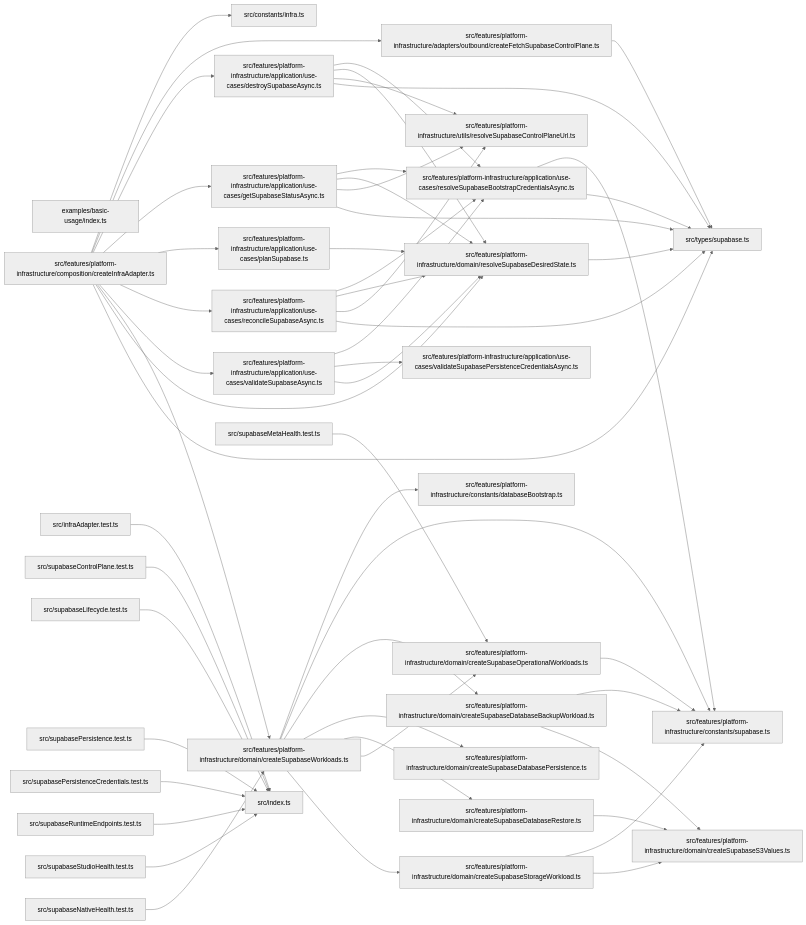
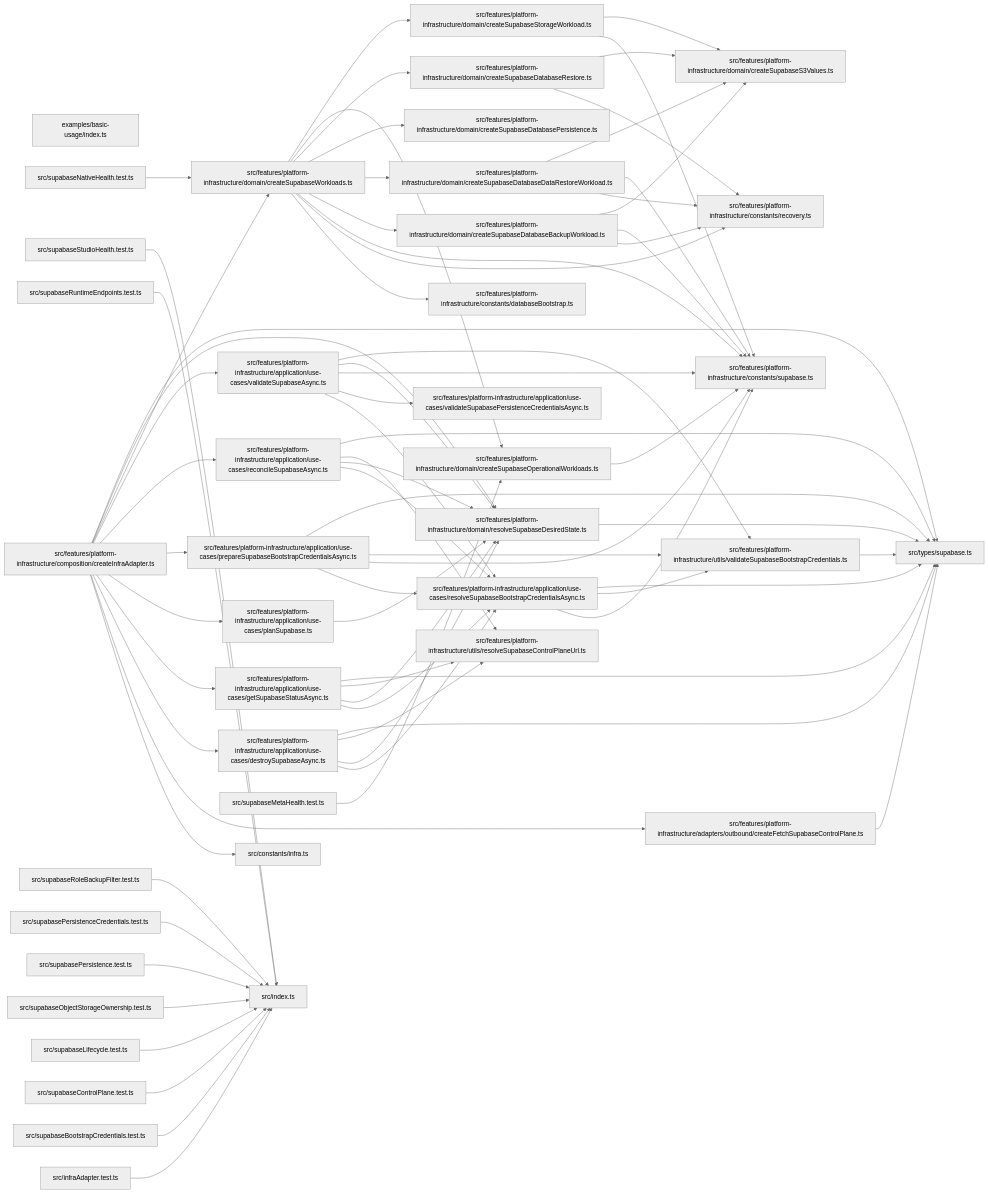
Before and after one commit to ankhorage/supabase: the diagram in paradox/diagrams/module-relationships.mmd, drawn with Mermaid (neutral theme). The commit also changed 26 other files, not shown here.

First line of the commit message:
fix(supabase): restore standalone local bootstrap credential provisioning

```diff
--- a/paradox/diagrams/module-relationships.mmd
+++ b/paradox/diagrams/module-relationships.mmd
@@ -5,14 +5,17 @@
   module_src_features_platform_infrastructure_application_use_cases_destroySupabaseAsync_ts["src/features/platform-infrastructure/application/use-cases/destroySupabaseAsync.ts"]
   module_src_features_platform_infrastructure_application_use_cases_getSupabaseStatusAsync_ts["src/features/platform-infrastructure/application/use-cases/getSupabaseStatusAsync.ts"]
   module_src_features_platform_infrastructure_application_use_cases_planSupabase_ts["src/features/platform-infrastructure/application/use-cases/planSupabase.ts"]
+  module_src_features_platform_infrastructure_application_use_cases_prepareSupabaseBootstrapCredentialsAsync_ts["src/features/platform-infrastructure/application/use-cases/prepareSupabaseBootstrapCredentialsAsync.ts"]
   module_src_features_platform_infrastructure_application_use_cases_reconcileSupabaseAsync_ts["src/features/platform-infrastructure/application/use-cases/reconcileSupabaseAsync.ts"]
   module_src_features_platform_infrastructure_application_use_cases_resolveSupabaseBootstrapCredentialsAsync_ts["src/features/platform-infrastructure/application/use-cases/resolveSupabaseBootstrapCredentialsAsync.ts"]
   module_src_features_platform_infrastructure_application_use_cases_validateSupabaseAsync_ts["src/features/platform-infrastructure/application/use-cases/validateSupabaseAsync.ts"]
   module_src_features_platform_infrastructure_application_use_cases_validateSupabasePersistenceCredentialsAsync_ts["src/features/platform-infrastructure/application/use-cases/validateSupabasePersistenceCredentialsAsync.ts"]
   module_src_features_platform_infrastructure_composition_createInfraAdapter_ts["src/features/platform-infrastructure/composition/createInfraAdapter.ts"]
   module_src_features_platform_infrastructure_constants_databaseBootstrap_ts["src/features/platform-infrastructure/constants/databaseBootstrap.ts"]
+  module_src_features_platform_infrastructure_constants_recovery_ts["src/features/platform-infrastructure/constants/recovery.ts"]
   module_src_features_platform_infrastructure_constants_supabase_ts["src/features/platform-infrastructure/constants/supabase.ts"]
   module_src_features_platform_infrastructure_domain_createSupabaseDatabaseBackupWorkload_ts["src/features/platform-infrastructure/domain/createSupabaseDatabaseBackupWorkload.ts"]
+  module_src_features_platform_infrastructure_domain_createSupabaseDatabaseDataRestoreWorkload_ts["src/features/platform-infrastructure/domain/createSupabaseDatabaseDataRestoreWorkload.ts"]
   module_src_features_platform_infrastructure_domain_createSupabaseDatabasePersistence_ts["src/features/platform-infrastructure/domain/createSupabaseDatabasePersistence.ts"]
   module_src_features_platform_infrastructure_domain_createSupabaseDatabaseRestore_ts["src/features/platform-infrastructure/domain/createSupabaseDatabaseRestore.ts"]
   module_src_features_platform_infrastructure_domain_createSupabaseOperationalWorkloads_ts["src/features/platform-infrastructure/domain/createSupabaseOperationalWorkloads.ts"]
@@ -21,14 +24,18 @@
   module_src_features_platform_infrastructure_domain_createSupabaseWorkloads_ts["src/features/platform-infrastructure/domain/createSupabaseWorkloads.ts"]
   module_src_features_platform_infrastructure_domain_resolveSupabaseDesiredState_ts["src/features/platform-infrastructure/domain/resolveSupabaseDesiredState.ts"]
   module_src_features_platform_infrastructure_utils_resolveSupabaseControlPlaneUrl_ts["src/features/platform-infrastructure/utils/resolveSupabaseControlPlaneUrl.ts"]
+  module_src_features_platform_infrastructure_utils_validateSupabaseBootstrapCredentials_ts["src/features/platform-infrastructure/utils/validateSupabaseBootstrapCredentials.ts"]
   module_src_index_ts["src/index.ts"]
   module_src_infraAdapter_test_ts["src/infraAdapter.test.ts"]
+  module_src_supabaseBootstrapCredentials_test_ts["src/supabaseBootstrapCredentials.test.ts"]
   module_src_supabaseControlPlane_test_ts["src/supabaseControlPlane.test.ts"]
   module_src_supabaseLifecycle_test_ts["src/supabaseLifecycle.test.ts"]
   module_src_supabaseMetaHealth_test_ts["src/supabaseMetaHealth.test.ts"]
   module_src_supabaseNativeHealth_test_ts["src/supabaseNativeHealth.test.ts"]
+  module_src_supabaseObjectStorageOwnership_test_ts["src/supabaseObjectStorageOwnership.test.ts"]
   module_src_supabasePersistence_test_ts["src/supabasePersistence.test.ts"]
   module_src_supabasePersistenceCredentials_test_ts["src/supabasePersistenceCredentials.test.ts"]
+  module_src_supabaseRoleBackupFilter_test_ts["src/supabaseRoleBackupFilter.test.ts"]
   module_src_supabaseRuntimeEndpoints_test_ts["src/supabaseRuntimeEndpoints.test.ts"]
   module_src_supabaseStudioHealth_test_ts["src/supabaseStudioHealth.test.ts"]
   module_src_types_supabase_ts["src/types/supabase.ts"]
@@ -42,45 +49,64 @@
   module_src_features_platform_infrastructure_application_use_cases_getSupabaseStatusAsync_ts --> module_src_features_platform_infrastructure_utils_resolveSupabaseControlPlaneUrl_ts
   module_src_features_platform_infrastructure_application_use_cases_getSupabaseStatusAsync_ts --> module_src_types_supabase_ts
   module_src_features_platform_infrastructure_application_use_cases_planSupabase_ts --> module_src_features_platform_infrastructure_domain_resolveSupabaseDesiredState_ts
+  module_src_features_platform_infrastructure_application_use_cases_prepareSupabaseBootstrapCredentialsAsync_ts --> module_src_features_platform_infrastructure_application_use_cases_resolveSupabaseBootstrapCredentialsAsync_ts
+  module_src_features_platform_infrastructure_application_use_cases_prepareSupabaseBootstrapCredentialsAsync_ts --> module_src_features_platform_infrastructure_constants_supabase_ts
+  module_src_features_platform_infrastructure_application_use_cases_prepareSupabaseBootstrapCredentialsAsync_ts --> module_src_features_platform_infrastructure_utils_validateSupabaseBootstrapCredentials_ts
+  module_src_features_platform_infrastructure_application_use_cases_prepareSupabaseBootstrapCredentialsAsync_ts --> module_src_types_supabase_ts
   module_src_features_platform_infrastructure_application_use_cases_reconcileSupabaseAsync_ts --> module_src_features_platform_infrastructure_application_use_cases_resolveSupabaseBootstrapCredentialsAsync_ts
   module_src_features_platform_infrastructure_application_use_cases_reconcileSupabaseAsync_ts --> module_src_features_platform_infrastructure_domain_resolveSupabaseDesiredState_ts
   module_src_features_platform_infrastructure_application_use_cases_reconcileSupabaseAsync_ts --> module_src_features_platform_infrastructure_utils_resolveSupabaseControlPlaneUrl_ts
   module_src_features_platform_infrastructure_application_use_cases_reconcileSupabaseAsync_ts --> module_src_types_supabase_ts
   module_src_features_platform_infrastructure_application_use_cases_resolveSupabaseBootstrapCredentialsAsync_ts --> module_src_features_platform_infrastructure_constants_supabase_ts
+  module_src_features_platform_infrastructure_application_use_cases_resolveSupabaseBootstrapCredentialsAsync_ts --> module_src_features_platform_infrastructure_utils_validateSupabaseBootstrapCredentials_ts
   module_src_features_platform_infrastructure_application_use_cases_resolveSupabaseBootstrapCredentialsAsync_ts --> module_src_types_supabase_ts
   module_src_features_platform_infrastructure_application_use_cases_validateSupabaseAsync_ts --> module_src_features_platform_infrastructure_application_use_cases_resolveSupabaseBootstrapCredentialsAsync_ts
   module_src_features_platform_infrastructure_application_use_cases_validateSupabaseAsync_ts --> module_src_features_platform_infrastructure_application_use_cases_validateSupabasePersistenceCredentialsAsync_ts
+  module_src_features_platform_infrastructure_application_use_cases_validateSupabaseAsync_ts --> module_src_features_platform_infrastructure_constants_supabase_ts
   module_src_features_platform_infrastructure_application_use_cases_validateSupabaseAsync_ts --> module_src_features_platform_infrastructure_domain_resolveSupabaseDesiredState_ts
+  module_src_features_platform_infrastructure_application_use_cases_validateSupabaseAsync_ts --> module_src_features_platform_infrastructure_utils_validateSupabaseBootstrapCredentials_ts
   module_src_features_platform_infrastructure_composition_createInfraAdapter_ts --> module_src_constants_infra_ts
   module_src_features_platform_infrastructure_composition_createInfraAdapter_ts --> module_src_features_platform_infrastructure_adapters_outbound_createFetchSupabaseControlPlane_ts
   module_src_features_platform_infrastructure_composition_createInfraAdapter_ts --> module_src_features_platform_infrastructure_application_use_cases_destroySupabaseAsync_ts
   module_src_features_platform_infrastructure_composition_createInfraAdapter_ts --> module_src_features_platform_infrastructure_application_use_cases_getSupabaseStatusAsync_ts
   module_src_features_platform_infrastructure_composition_createInfraAdapter_ts --> module_src_features_platform_infrastructure_application_use_cases_planSupabase_ts
+  module_src_features_platform_infrastructure_composition_createInfraAdapter_ts --> module_src_features_platform_infrastructure_application_use_cases_prepareSupabaseBootstrapCredentialsAsync_ts
   module_src_features_platform_infrastructure_composition_createInfraAdapter_ts --> module_src_features_platform_infrastructure_application_use_cases_reconcileSupabaseAsync_ts
   module_src_features_platform_infrastructure_composition_createInfraAdapter_ts --> module_src_features_platform_infrastructure_application_use_cases_validateSupabaseAsync_ts
   module_src_features_platform_infrastructure_composition_createInfraAdapter_ts --> module_src_features_platform_infrastructure_domain_createSupabaseWorkloads_ts
   module_src_features_platform_infrastructure_composition_createInfraAdapter_ts --> module_src_features_platform_infrastructure_domain_resolveSupabaseDesiredState_ts
   module_src_features_platform_infrastructure_composition_createInfraAdapter_ts --> module_src_types_supabase_ts
+  module_src_features_platform_infrastructure_domain_createSupabaseDatabaseBackupWorkload_ts --> module_src_features_platform_infrastructure_constants_recovery_ts
   module_src_features_platform_infrastructure_domain_createSupabaseDatabaseBackupWorkload_ts --> module_src_features_platform_infrastructure_constants_supabase_ts
   module_src_features_platform_infrastructure_domain_createSupabaseDatabaseBackupWorkload_ts --> module_src_features_platform_infrastructure_domain_createSupabaseS3Values_ts
+  module_src_features_platform_infrastructure_domain_createSupabaseDatabaseDataRestoreWorkload_ts --> module_src_features_platform_infrastructure_constants_recovery_ts
+  module_src_features_platform_infrastructure_domain_createSupabaseDatabaseDataRestoreWorkload_ts --> module_src_features_platform_infrastructure_constants_supabase_ts
+  module_src_features_platform_infrastructure_domain_createSupabaseDatabaseDataRestoreWorkload_ts --> module_src_features_platform_infrastructure_domain_createSupabaseS3Values_ts
+  module_src_features_platform_infrastructure_domain_createSupabaseDatabaseRestore_ts --> module_src_features_platform_infrastructure_constants_recovery_ts
   module_src_features_platform_infrastructure_domain_createSupabaseDatabaseRestore_ts --> module_src_features_platform_infrastructure_domain_createSupabaseS3Values_ts
   module_src_features_platform_infrastructure_domain_createSupabaseOperationalWorkloads_ts --> module_src_features_platform_infrastructure_constants_supabase_ts
   module_src_features_platform_infrastructure_domain_createSupabaseStorageWorkload_ts --> module_src_features_platform_infrastructure_constants_supabase_ts
   module_src_features_platform_infrastructure_domain_createSupabaseStorageWorkload_ts --> module_src_features_platform_infrastructure_domain_createSupabaseS3Values_ts
   module_src_features_platform_infrastructure_domain_createSupabaseWorkloads_ts --> module_src_features_platform_infrastructure_constants_databaseBootstrap_ts
+  module_src_features_platform_infrastructure_domain_createSupabaseWorkloads_ts --> module_src_features_platform_infrastructure_constants_recovery_ts
   module_src_features_platform_infrastructure_domain_createSupabaseWorkloads_ts --> module_src_features_platform_infrastructure_constants_supabase_ts
   module_src_features_platform_infrastructure_domain_createSupabaseWorkloads_ts --> module_src_features_platform_infrastructure_domain_createSupabaseDatabaseBackupWorkload_ts
+  module_src_features_platform_infrastructure_domain_createSupabaseWorkloads_ts --> module_src_features_platform_infrastructure_domain_createSupabaseDatabaseDataRestoreWorkload_ts
   module_src_features_platform_infrastructure_domain_createSupabaseWorkloads_ts --> module_src_features_platform_infrastructure_domain_createSupabaseDatabasePersistence_ts
   module_src_features_platform_infrastructure_domain_createSupabaseWorkloads_ts --> module_src_features_platform_infrastructure_domain_createSupabaseDatabaseRestore_ts
   module_src_features_platform_infrastructure_domain_createSupabaseWorkloads_ts --> module_src_features_platform_infrastructure_domain_createSupabaseOperationalWorkloads_ts
   module_src_features_platform_infrastructure_domain_createSupabaseWorkloads_ts --> module_src_features_platform_infrastructure_domain_createSupabaseStorageWorkload_ts
   module_src_features_platform_infrastructure_domain_resolveSupabaseDesiredState_ts --> module_src_types_supabase_ts
+  module_src_features_platform_infrastructure_utils_validateSupabaseBootstrapCredentials_ts --> module_src_types_supabase_ts
   module_src_infraAdapter_test_ts --> module_src_index_ts
+  module_src_supabaseBootstrapCredentials_test_ts --> module_src_index_ts
   module_src_supabaseControlPlane_test_ts --> module_src_index_ts
   module_src_supabaseLifecycle_test_ts --> module_src_index_ts
   module_src_supabaseMetaHealth_test_ts --> module_src_features_platform_infrastructure_domain_createSupabaseOperationalWorkloads_ts
   module_src_supabaseNativeHealth_test_ts --> module_src_features_platform_infrastructure_domain_createSupabaseWorkloads_ts
+  module_src_supabaseObjectStorageOwnership_test_ts --> module_src_index_ts
   module_src_supabasePersistence_test_ts --> module_src_index_ts
   module_src_supabasePersistenceCredentials_test_ts --> module_src_index_ts
+  module_src_supabaseRoleBackupFilter_test_ts --> module_src_index_ts
   module_src_supabaseRuntimeEndpoints_test_ts --> module_src_index_ts
   module_src_supabaseStudioHealth_test_ts --> module_src_index_ts
```
